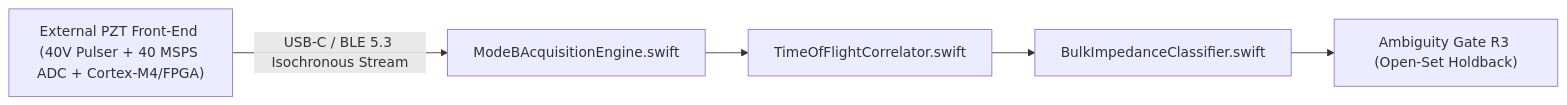
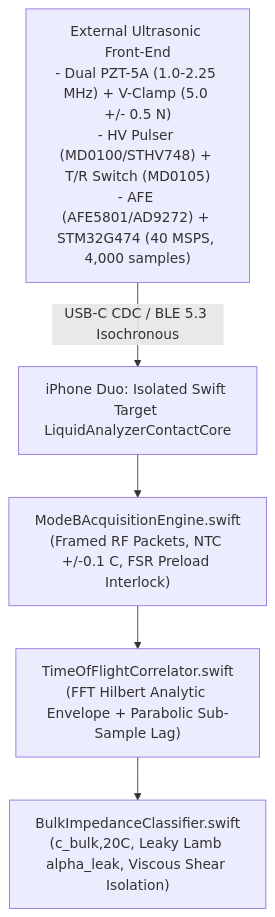
Before and after one commit to TheOGofLogic/chemical-sound: the diagram in docs/reports/LA-R3-SPEC-001.md, drawn with Mermaid. The commit also changed other lines of this file, not shown here.

Commit message:
docs(r3): add external ultrasonic AFE BOM and bounds-safe Hilbert TimeOfFlightCorrelator to LA-R3-SPEC-001 [skip ci]

````diff
--- a/docs/reports/LA-R3-SPEC-001.md
+++ b/docs/reports/LA-R3-SPEC-001.md
@@ -77,7 +14,7 @@
 ```mermaid
-flowchart LR
-    PZT["External PZT Front-End (40V Pulser + 40 MSPS ADC + Cortex-M4/FPGA)"] -->|"USB-C / BLE 5.3 Isochronous Stream"| Engine["ModeBAcquisitionEngine.swift"]
-    Engine --> TOF["TimeOfFlightCorrelator.swift"]
-    TOF --> Clf["BulkImpedanceClassifier.swift"]
-    Clf --> Gate["Ambiguity Gate R3 (Open-Set Holdback)"]
+flowchart TD
+    FrontEnd["External Ultrasonic Front-End\n- Dual PZT-5A (1.0-2.25 MHz) + V-Clamp (5.0 +/- 0.5 N)\n- HV Pulser (MD0100/STHV748) + T/R Switch (MD0105)\n- AFE (AFE5801/AD9272) + STM32G474 (40 MSPS, 4,000 samples)"] -->|"USB-C CDC / BLE 5.3 Isochronous"| Core["iPhone Duo: Isolated Swift Target LiquidAnalyzerContactCore"]
+    Core --> Engine["ModeBAcquisitionEngine.swift\n(Framed RF Packets, NTC +/-0.1 C, FSR Preload Interlock)"]
+    Engine --> TOF["TimeOfFlightCorrelator.swift\n(FFT Hilbert Analytic Envelope + Parabolic Sub-Sample Lag)"]
+    TOF --> Clf["BulkImpedanceClassifier.swift\n(c_bulk,20C, Leaky Lamb alpha_leak, Viscous Shear Isolation)"]
 ```
````
